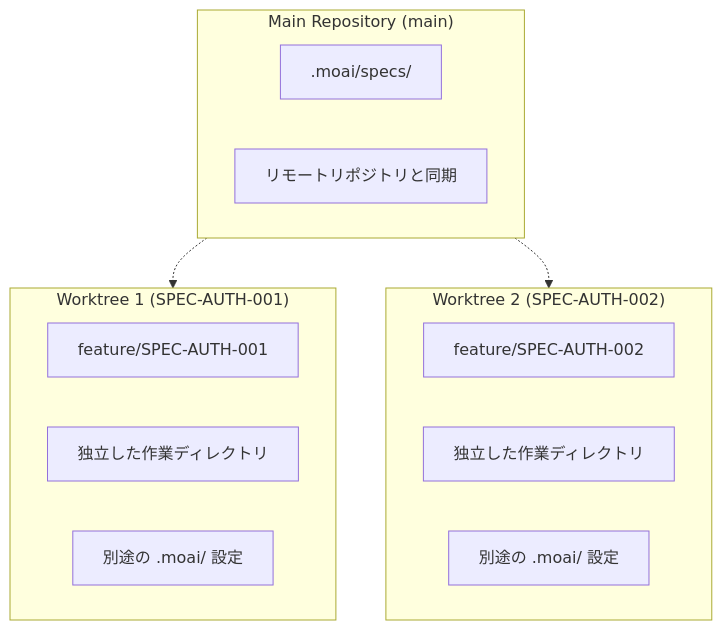
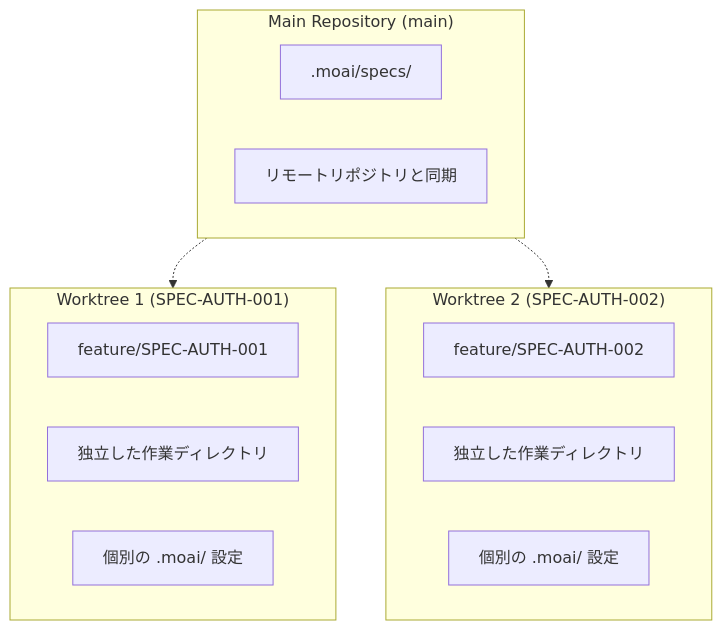
Before and after one commit to modu-ai/moai-adk: the third of 6 diagrams in docs-site/content/ja/worktree/_index.md, drawn with Mermaid. The commit also changed other lines of this file and 395 other files, not shown here.

````diff
--- a/docs-site/content/ja/worktree/_index.md
+++ b/docs-site/content/ja/worktree/_index.md
@@ -136,22 +147,22 @@
 ```mermaid
 graph TB
     subgraph Main["Main Repository (main)"]
         M1[.moai/specs/]
         M2[リモートリポジトリと同期]
     end
 
     subgraph WT1["Worktree 1 (SPEC-AUTH-001)"]
         W1A[feature/SPEC-AUTH-001]
         W1B[独立した作業ディレクトリ]
-        W1C[別途の .moai/ 設定]
+        W1C[個別の .moai/ 設定]
     end
 
     subgraph WT2["Worktree 2 (SPEC-AUTH-002)"]
         W2A[feature/SPEC-AUTH-002]
         W2B[独立した作業ディレクトリ]
-        W2C[別途の .moai/ 設定]
+        W2C[個別の .moai/ 設定]
     end
 
     Main -.-> WT1
     Main -.-> WT2
 ```
````
